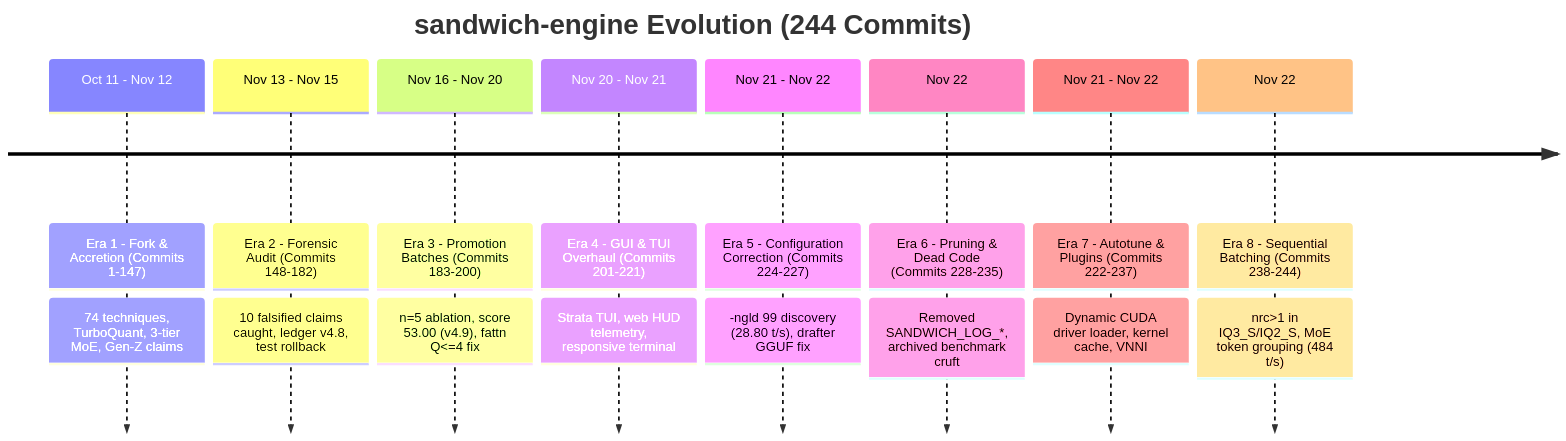
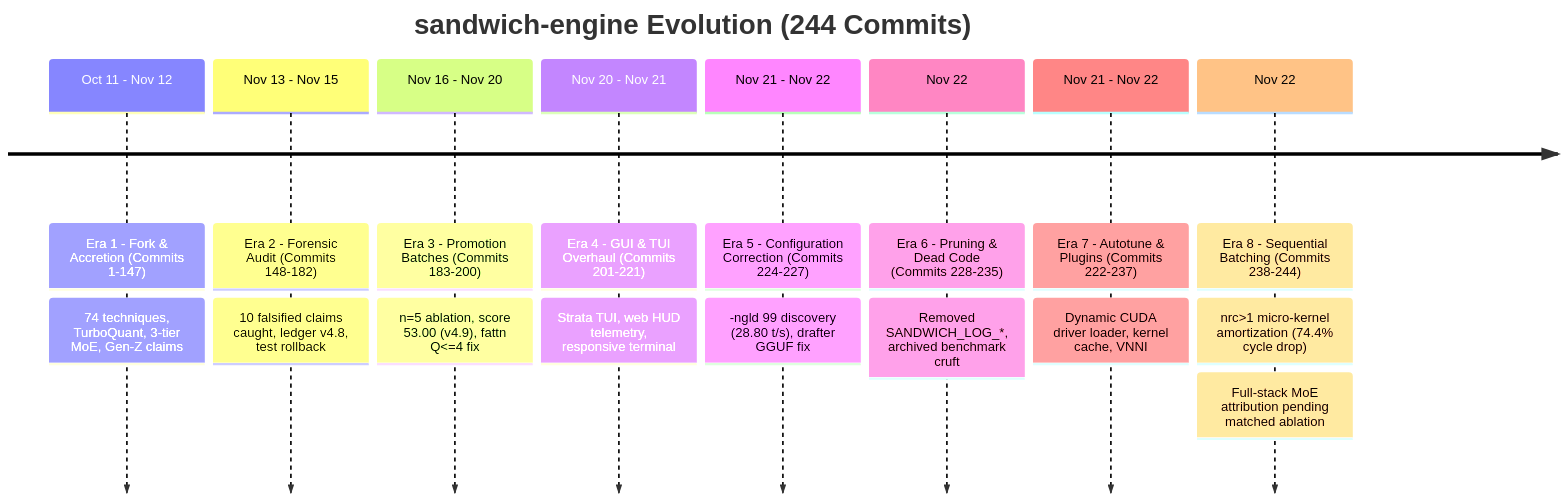
The diagram in docs/history/PROJECT_HISTORY.md (sandeepmuttvarpu-png/sandwich-engine), drawn with Mermaid before and after one commit. The commit also changed other lines of this file, not shown here.

Commit message:
docs(history): synchronize project history timeline in PROJECT_HISTORY.md

````diff
--- a/docs/history/PROJECT_HISTORY.md
+++ b/docs/history/PROJECT_HISTORY.md
@@ -23,20 +23,21 @@
 ```mermaid
 timeline
     title sandwich-engine Evolution (244 Commits)
     Oct 11 - Nov 12 : Era 1 - Fork & Accretion (Commits 1-147)
                     : 74 techniques, TurboQuant, 3-tier MoE, Gen-Z claims
     Nov 13 - Nov 15 : Era 2 - Forensic Audit (Commits 148-182)
                     : 10 falsified claims caught, ledger v4.8, test rollback
     Nov 16 - Nov 20 : Era 3 - Promotion Batches (Commits 183-200)
                     : n=5 ablation, score 53.00 (v4.9), fattn Q<=4 fix
     Nov 20 - Nov 21 : Era 4 - GUI & TUI Overhaul (Commits 201-221)
                     : Strata TUI, web HUD telemetry, responsive terminal
     Nov 21 - Nov 22 : Era 5 - Configuration Correction (Commits 224-227)
                     : -ngld 99 discovery (28.80 t/s), drafter GGUF fix
     Nov 22          : Era 6 - Pruning & Dead Code (Commits 228-235)
                     : Removed SANDWICH_LOG_*, archived benchmark cruft
     Nov 21 - Nov 22 : Era 7 - Autotune & Plugins (Commits 222-237)
                     : Dynamic CUDA driver loader, kernel cache, VNNI
     Nov 22          : Era 8 - Sequential Batching (Commits 238-244)
-                    : nrc>1 in IQ3_S/IQ2_S, MoE token grouping (484 t/s)
+                    : nrc>1 micro-kernel amortization (74.4% cycle drop)
+                    : Full-stack MoE attribution pending matched ablation
 ```
````
